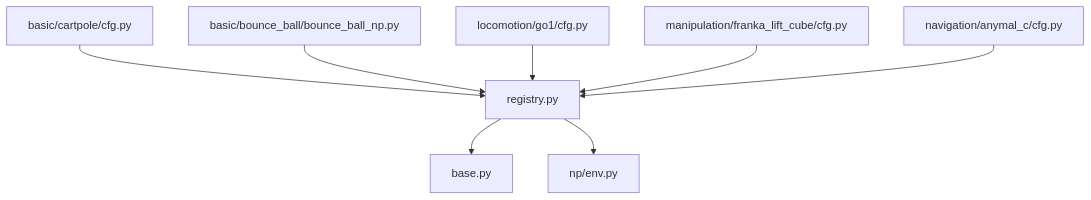
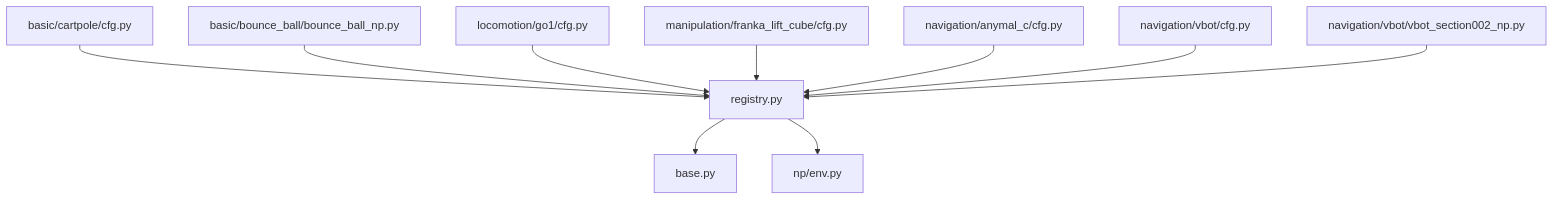
The fifth of 5 diagrams in .qoder/repowiki/en/content/Environment System/Registry System.md (jayjayhust/MotrixLab), drawn with Mermaid before and after one commit. The commit also changed other lines of this file and 15 other files, not shown here.

````diff
--- a/.qoder/repowiki/en/content/Environment System/Registry System.md
+++ b/.qoder/repowiki/en/content/Environment System/Registry System.md
@@ -322,18 +362,22 @@
 ```mermaid
 graph TB
 REG["registry.py"]
 BASE["base.py"]
 NPE["np/env.py"]
 CARTCFG["basic/cartpole/cfg.py"]
 BOUNCE["basic/bounce_ball/bounce_ball_np.py"]
 GO1CFG["locomotion/go1/cfg.py"]
 FRANKA["manipulation/franka_lift_cube/cfg.py"]
 NAVCFG["navigation/anymal_c/cfg.py"]
+VBOTCFG["navigation/vbot/cfg.py"]
+VBOTENV["navigation/vbot/vbot_section002_np.py"]
 REG --> BASE
 REG --> NPE
 CARTCFG --> REG
 BOUNCE --> REG
 GO1CFG --> REG
 FRANKA --> REG
 NAVCFG --> REG
+VBOTCFG --> REG
+VBOTENV --> REG
 ```
````
